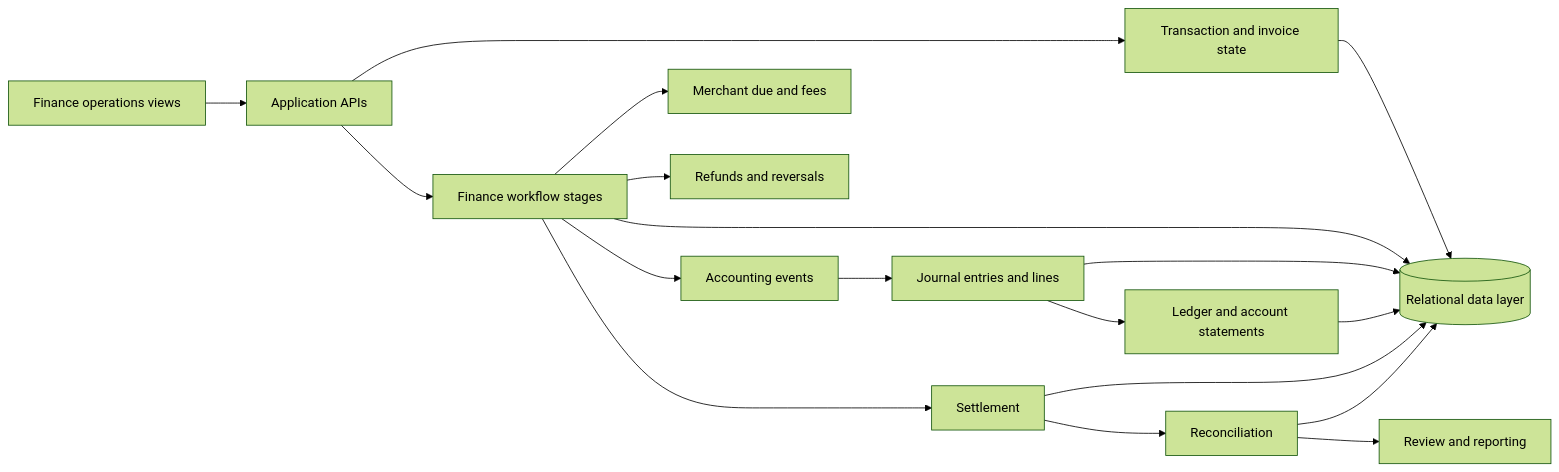
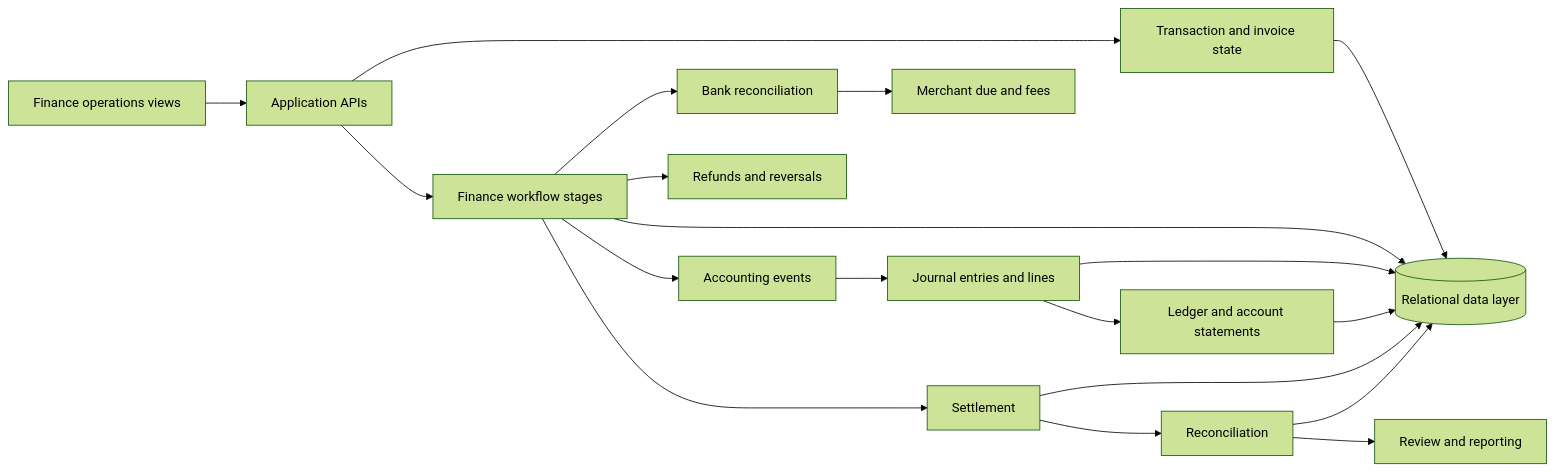
Before and after one commit to SalMukhrish/marketplace-finance-operations: the diagram in docs/architecture.md, drawn with Mermaid (forest theme). The commit also changed other lines of this file and 2 other files, not shown here.

````diff
--- a/docs/architecture.md
+++ b/docs/architecture.md
@@ -28,20 +28,21 @@
 ```mermaid
 flowchart LR
   UI[Finance operations views] --> API[Application APIs]
   API --> TX[Transaction and invoice state]
   API --> WF[Finance workflow stages]
   WF --> EVT[Accounting events]
   EVT --> J[Journal entries and lines]
   J --> L[Ledger and account statements]
-  WF --> MD[Merchant due and fees]
+  WF --> BR[Bank reconciliation]
+  BR --> MD[Merchant due and fees]
   WF --> RF[Refunds and reversals]
   WF --> ST[Settlement]
   ST --> RC[Reconciliation]
   RC --> RV[Review and reporting]
   TX --> DB[(Relational data layer)]
   WF --> DB
   J --> DB
   L --> DB
   ST --> DB
   RC --> DB
 ```
````
